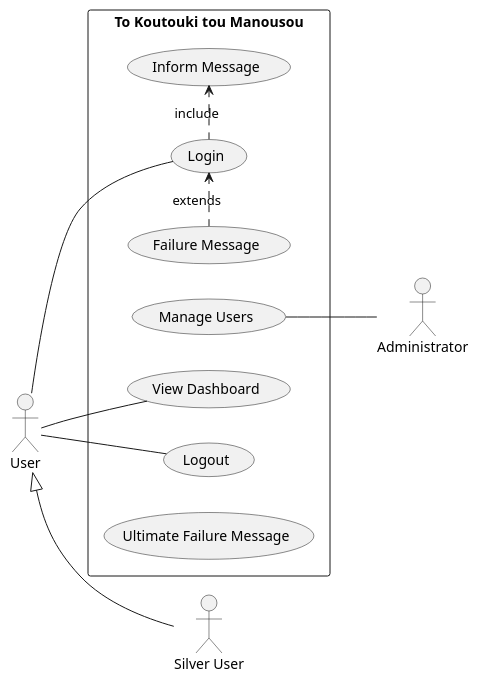
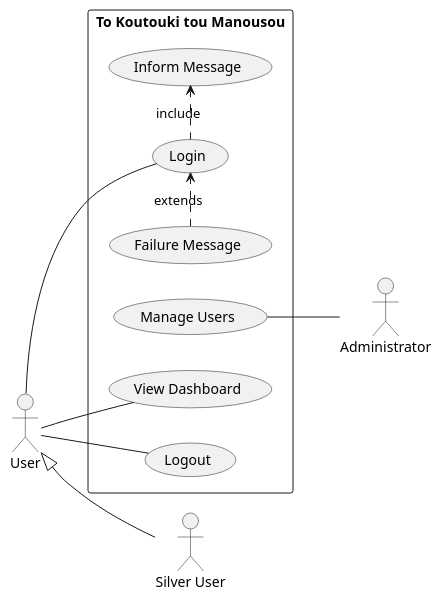
The diagram in use-case.puml (softwareDesign24/collaborateUML-ucd), drawn with PlantUML before and after one commit.

```diff
--- a/use-case.puml
+++ b/use-case.puml
@@ -1,47 +1,46 @@
 @startuml
 
 left to right direction
 
 actor "User" as usr
 actor "Silver User" as s_usr
 actor "Administrator" as admin
 
 rectangle "To Koutouki tou Manousou" {
   usecase "Login" as UC1
   usecase "View Dashboard" as UC2
   usecase "Logout" as UC3
   usecase "Manage Users" as UC4
   usecase "Inform Message" as UC5
   usecase "Failure Message" as UC6
-  usecase "Ultimate Failure Message" as UC7
 }
 
 usr -- UC1
 usr -- UC2
 usr -- UC3
 admin -up- UC4
 
 UC1 .> UC5 : include
 UC6 .> UC1 : extends
 
 usr <|-- s_usr
 
 
 
 
 
 
 
 
 
 
 
 
 
 
 
 
 
 
 
 @enduml
```
